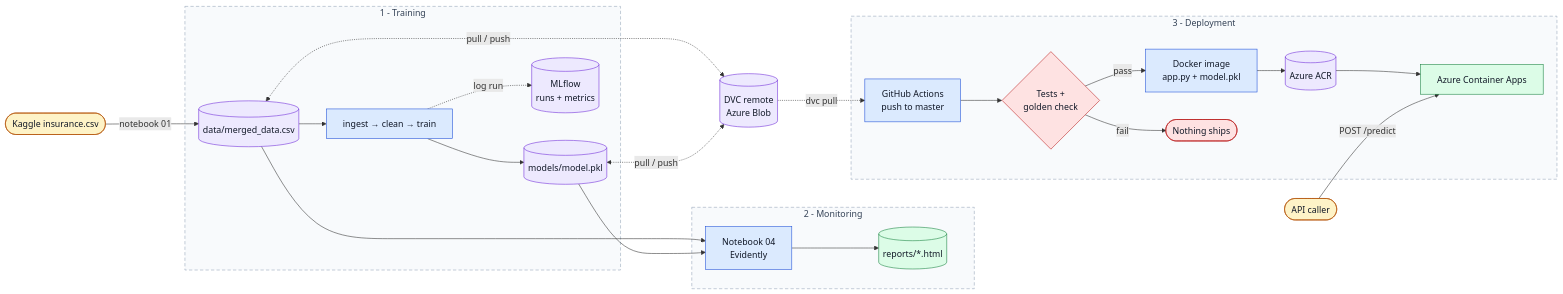
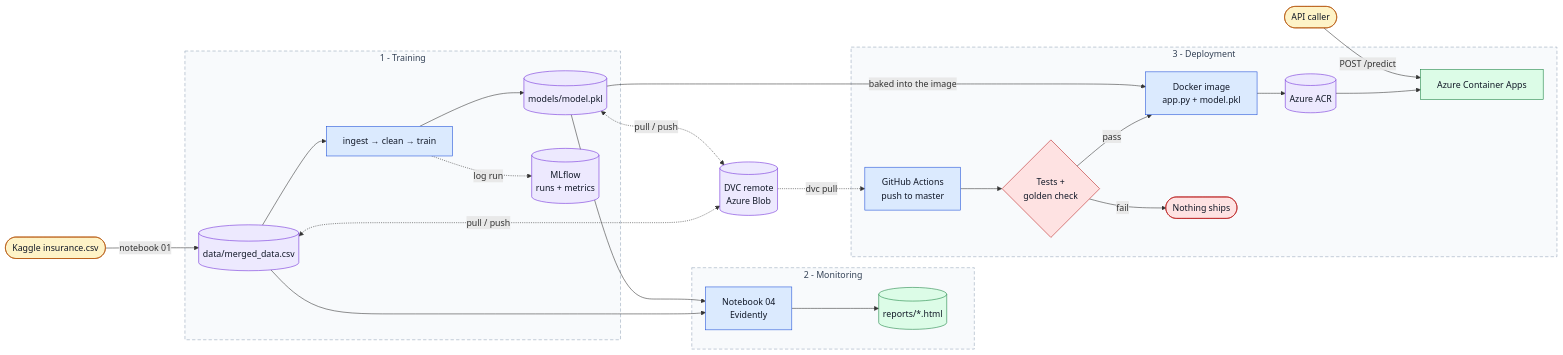
The diagram in docs/diagrams/project-overview.mmd (mingjun1120/Insurance-Premium-Prediction), drawn with Mermaid before and after one commit. The commit also changed 5 other files, not shown here.

```diff
--- a/docs/diagrams/project-overview.mmd
+++ b/docs/diagrams/project-overview.mmd
@@ -1,50 +1,51 @@
 flowchart LR
     RAW([Kaggle insurance.csv]):::input
 
     subgraph TRAIN["1 - Training"]
         DATA[("data/merged_data.csv")]:::store
         PIPE["ingest → clean → train"]:::process
         BUNDLE[("models/model.pkl")]:::store
         MLFLOW[("MLflow<br/>runs + metrics")]:::store
         DATA --> PIPE --> BUNDLE
         PIPE -. "log run" .-> MLFLOW
     end
 
     DVC[("DVC remote<br/>Azure Blob")]:::store
 
     subgraph WATCH["2 - Monitoring"]
         NB4["Notebook 04<br/>Evidently"]:::process
         REPORTS[("reports/*.html")]:::output
         NB4 --> REPORTS
     end
 
     subgraph SHIP["3 - Deployment"]
         GHA["GitHub Actions<br/>push to master"]:::process
         GATE{"Tests +<br/>golden check"}:::gate
         IMAGE["Docker image<br/>app.py + model.pkl"]:::process
         ACR[("Azure ACR")]:::store
         LIVE["Azure Container Apps"]:::output
         STOP([Nothing ships]):::gate
         GHA --> GATE
         GATE -- pass --> IMAGE --> ACR --> LIVE
         GATE -- fail --> STOP
     end
 
     CALLER([API caller]):::input
 
     RAW -- "notebook 01" --> DATA
     DATA <-. "pull / push" .-> DVC
     BUNDLE <-. "pull / push" .-> DVC
     DATA --> NB4
     BUNDLE --> NB4
     DVC -. "dvc pull" .-> GHA
+    BUNDLE -- "baked into the image" --> IMAGE
     CALLER -- "POST /predict" --> LIVE
 
     classDef input fill:#fef3c7,stroke:#b45309,color:#111827
     classDef process fill:#dbeafe,stroke:#1d4ed8,color:#111827
     classDef store fill:#ede9fe,stroke:#6d28d9,color:#111827
     classDef output fill:#dcfce7,stroke:#15803d,color:#111827
     classDef gate fill:#fee2e2,stroke:#b91c1c,color:#111827
     style TRAIN fill:#f8fafc,stroke:#94a3b8,stroke-dasharray:6 4,color:#334155
     style WATCH fill:#f8fafc,stroke:#94a3b8,stroke-dasharray:6 4,color:#334155
     style SHIP  fill:#f8fafc,stroke:#94a3b8,stroke-dasharray:6 4,color:#334155
```
